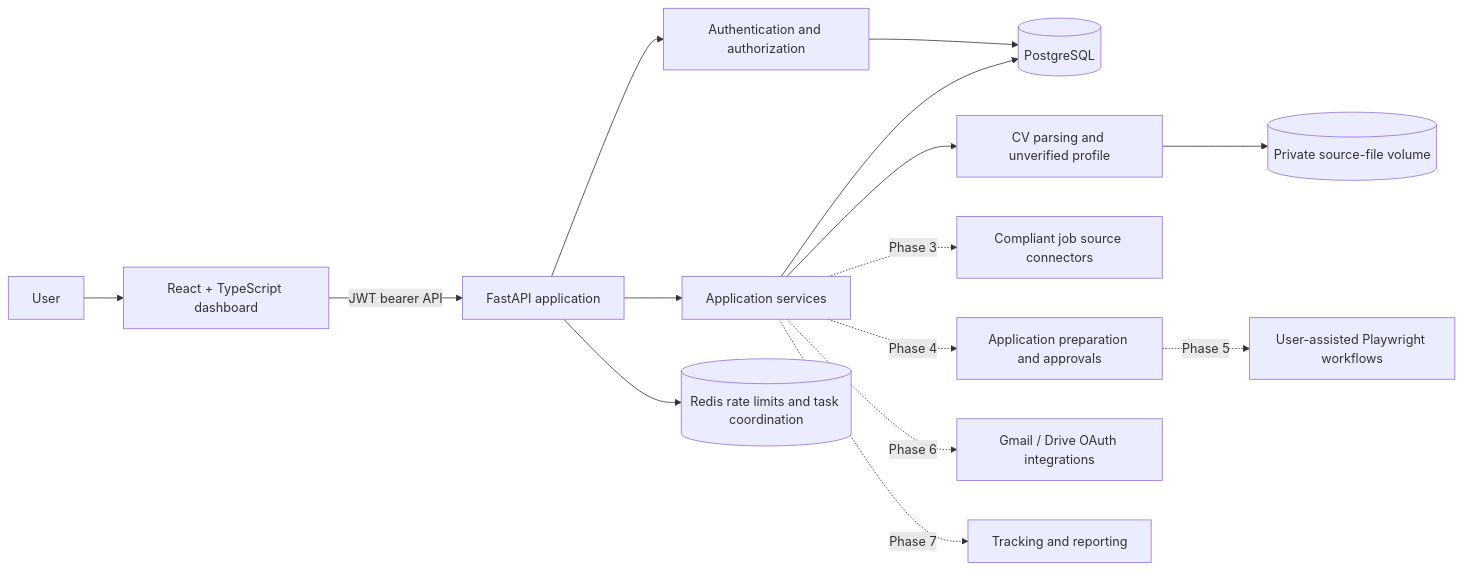
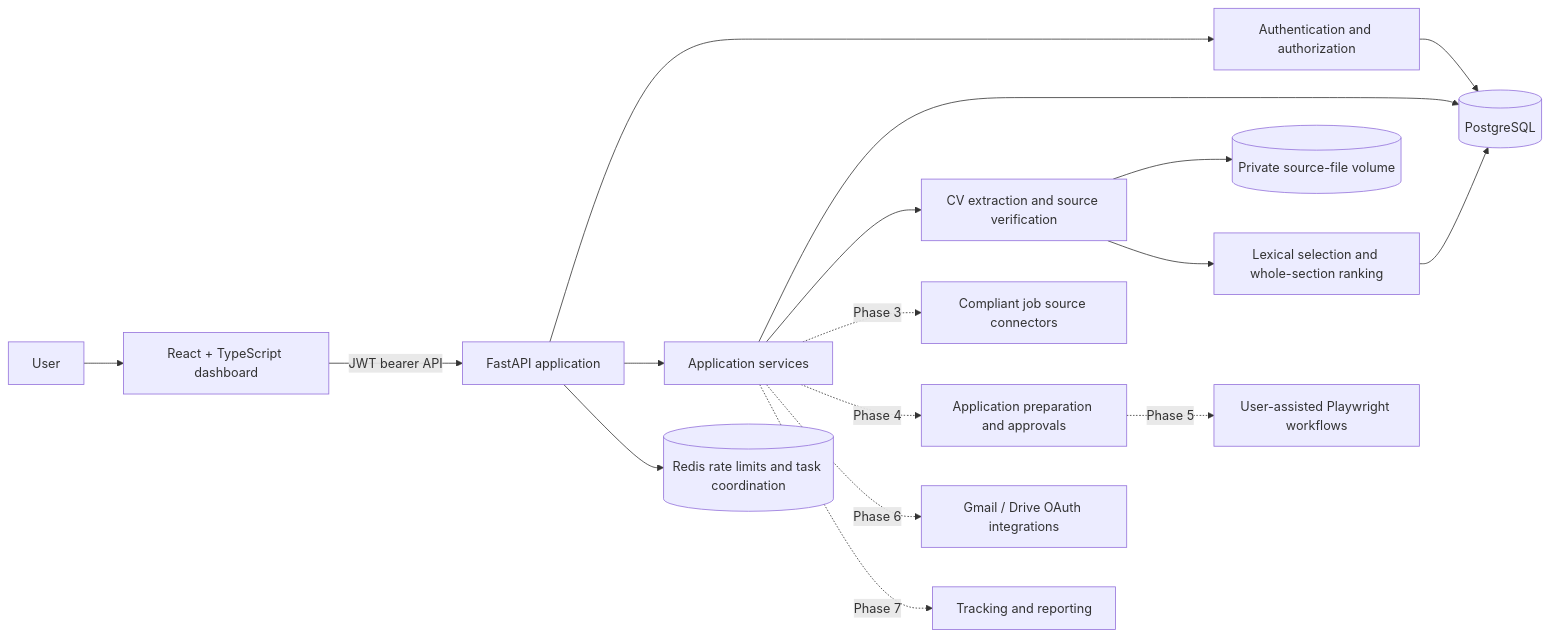
One commit to Wamuyukariuki/CareerPilot changed the first of 3 diagrams in docs/architecture.md. Above: the diagram before and after it, drawn with Mermaid. The commit also changed other lines of this file and 34 other files, not shown here.

````diff
--- a/docs/architecture.md
+++ b/docs/architecture.md
@@ -9,17 +9,19 @@
 ```mermaid
 flowchart LR
     User[User] --> Web[React + TypeScript dashboard]
     Web -->|JWT bearer API| API[FastAPI application]
     API --> Auth[Authentication and authorization]
     API --> Domain[Application services]
     Auth --> DB[(PostgreSQL)]
     Domain --> DB
     API --> Redis[(Redis rate limits and task coordination)]
-    Domain --> CV[CV parsing and unverified profile]
+    Domain --> CV[CV extraction and source verification]
     CV --> Storage[(Private source-file volume)]
+    CV --> Export[Lexical selection and whole-section ranking]
+    Export --> DB
     Domain -. Phase 3 .-> Discovery[Compliant job source connectors]
     Domain -. Phase 4 .-> Prep[Application preparation and approvals]
     Prep -. Phase 5 .-> Browser[User-assisted Playwright workflows]
     Domain -. Phase 6 .-> Google[Gmail / Drive OAuth integrations]
     Domain -. Phase 7 .-> Analytics[Tracking and reporting]
 ```
````
